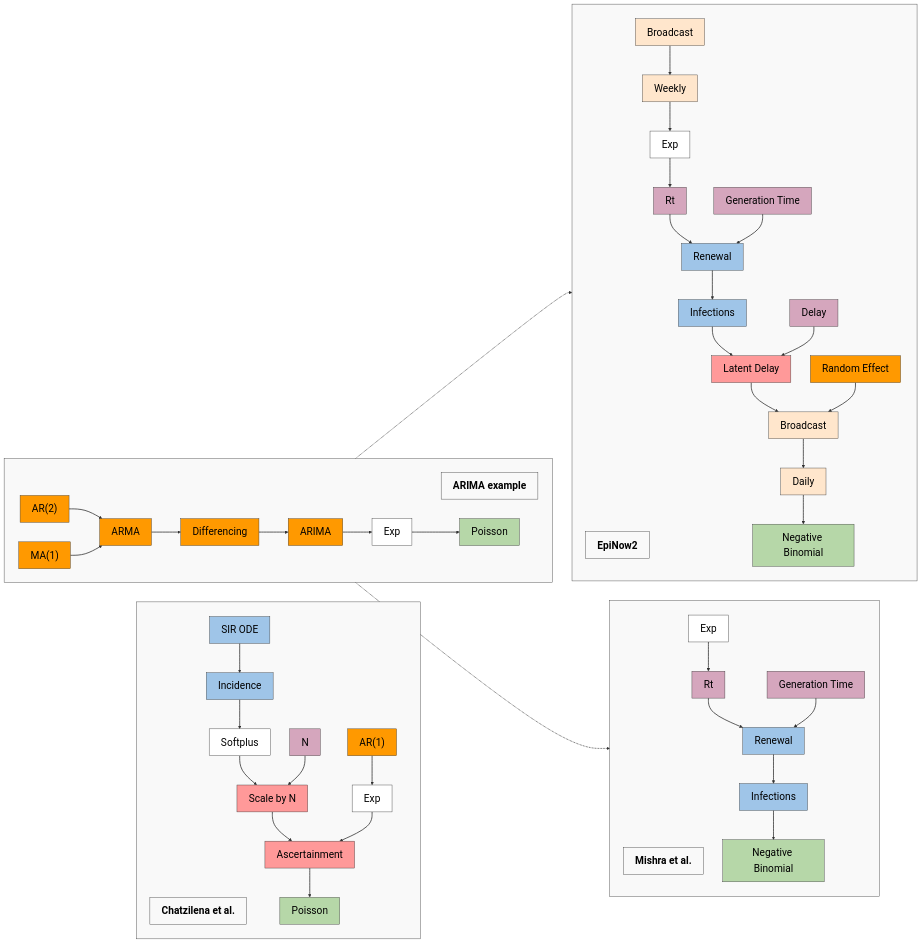
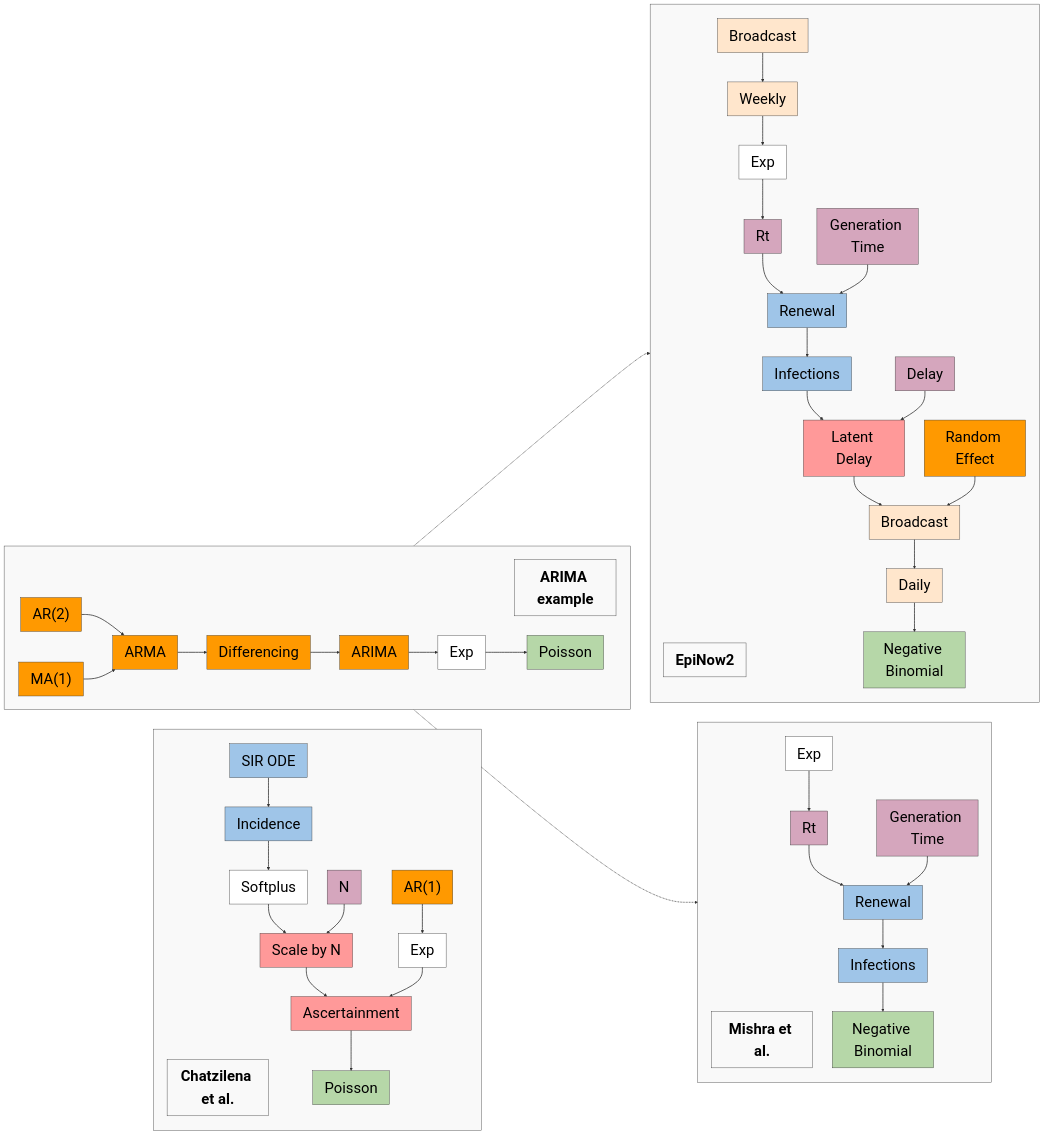
One commit to EpiAware/PrototypeCompositionalProbablisticInfectiousDiseaseModelling changed the diagram in figures/fig-case-studies.qmd. Above: the diagram before and after it, drawn with Mermaid. The commit also changed 4 other files, not shown here.

````diff
--- a/figures/fig-case-studies.qmd
+++ b/figures/fig-case-studies.qmd
@@ -6,7 +6,7 @@
 ```{mermaid}
 %%| fig-width: 10
 
-%%{init: {'theme': 'base', 'themeVariables': {'fontSize': '26px', 'fontFamily': 'arial', 'lineColor': '#333'}}}%%
+%%{init: {'theme': 'base', 'themeVariables': {'fontSize': '38px', 'fontFamily': 'arial', 'lineColor': '#333'}}}%%
 flowchart LR
     %% Class definitions
     classDef infection fill:#9fc5e8,stroke:#333,stroke-width:1px,color:black
````
